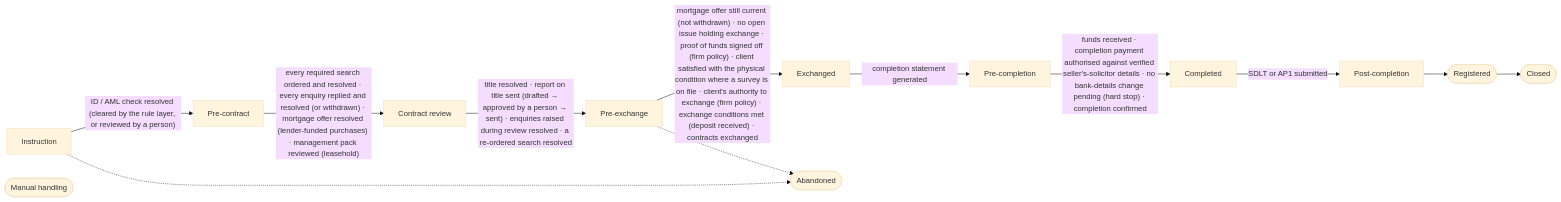
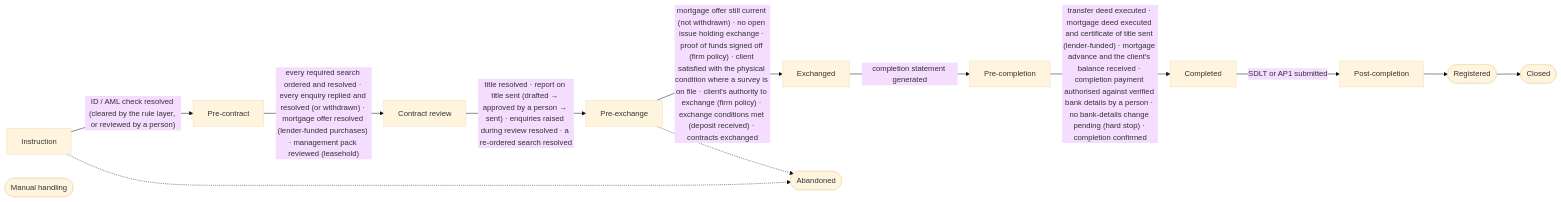
The third of 5 diagrams in docs/engine-map.md (panwyll/case-lightning), drawn with Mermaid (base theme) before and after one commit. The commit also changed other lines of this file and 10 other files, not shown here.

````diff
--- a/docs/engine-map.md
+++ b/docs/engine-map.md
@@ -150,26 +150,26 @@
 ```mermaid
 flowchart LR
     instruction["Instruction"]
     pre_contract["Pre-contract"]
     instruction -->|"ID / AML check resolved (cleared by the rule layer, or reviewed by a person)"| pre_contract
     contract_review["Contract review"]
     pre_contract -->|"every required search ordered and resolved · every enquiry replied and resolved (or withdrawn) · mortgage offer resolved (lender-funded purchases) · management pack reviewed (leasehold)"| contract_review
     pre_exchange["Pre-exchange"]
     contract_review -->|"title resolved · report on title sent (drafted → approved by a person → sent) · enquiries raised during review resolved · a re-ordered search resolved"| pre_exchange
     exchanged["Exchanged"]
     pre_exchange -->|"mortgage offer still current (not withdrawn) · no open issue holding exchange · proof of funds signed off (firm policy) · client satisfied with the physical condition where a survey is on file · client's authority to exchange (firm policy) · exchange conditions met (deposit received) · contracts exchanged"| exchanged
     pre_completion["Pre-completion"]
     exchanged -->|"completion statement generated"| pre_completion
     completed["Completed"]
-    pre_completion -->|"funds received · completion payment authorised against verified seller's-solicitor details · no bank-details change pending (hard stop) · completion confirmed"| completed
+    pre_completion -->|"transfer deed executed · mortgage deed executed and certificate of title sent (lender-funded) · mortgage advance and the client's balance received · completion payment authorised against verified bank details by a person · no bank-details change pending (hard stop) · completion confirmed"| completed
     post_completion["Post-completion"]
     completed -->|"SDLT or AP1 submitted"| post_completion
     registered(["Registered"])
     closed(["Closed"])
     abandoned(["Abandoned"])
     manual(["Manual handling"])
     post_completion --> registered
     instruction -.-> abandoned
     pre_exchange -.-> abandoned
     registered --> closed
 ```
````
